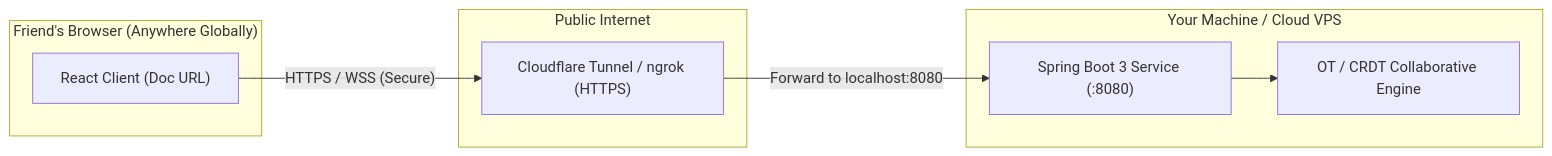
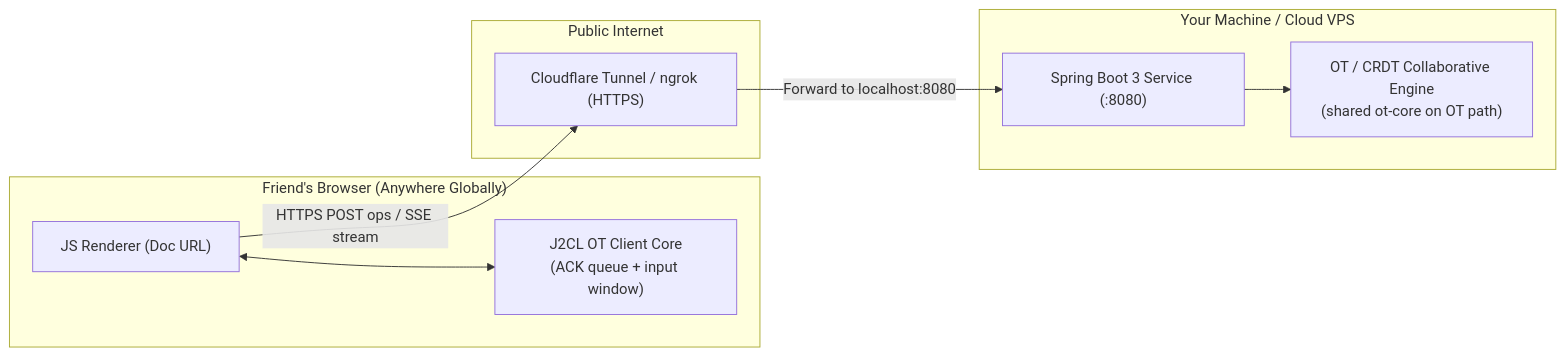
Before and after one commit to JZChen/SystemDesignPractice: the first of 2 diagrams in google-docs/SYSTEM_DESIGN_PLAN.md, drawn with Mermaid. The commit also changed other lines of this file and 2 other files, not shown here.

````diff
--- a/google-docs/SYSTEM_DESIGN_PLAN.md
+++ b/google-docs/SYSTEM_DESIGN_PLAN.md
@@ -99,19 +132,21 @@
 ```mermaid
 graph LR
     subgraph FriendBrowser["Friend's Browser (Anywhere Globally)"]
-        FriendUI["React Client (Doc URL)"]
+        FriendUI["JS Renderer (Doc URL)"]
+        OtCore["J2CL OT Client Core<br/>(ACK queue + input window)"]
+        FriendUI <--> OtCore
     end
 
     subgraph Internet["Public Internet"]
         Tunnel["Cloudflare Tunnel / ngrok (HTTPS)"]
     end
 
     subgraph LocalMachine["Your Machine / Cloud VPS"]
         Server["Spring Boot 3 Service (:8080)"]
-        Engine["OT / CRDT Collaborative Engine"]
+        Engine["OT / CRDT Collaborative Engine<br/>(shared ot-core on OT path)"]
         Server --> Engine
     end
 
-    FriendUI -->|"HTTPS / WSS (Secure)"| Tunnel
+    FriendUI -->|"HTTPS POST ops / SSE stream"| Tunnel
     Tunnel -->|"Forward to localhost:8080"| Server
 ```
````
